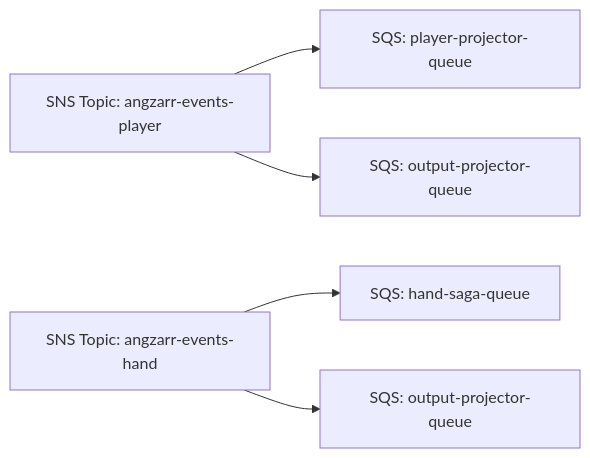
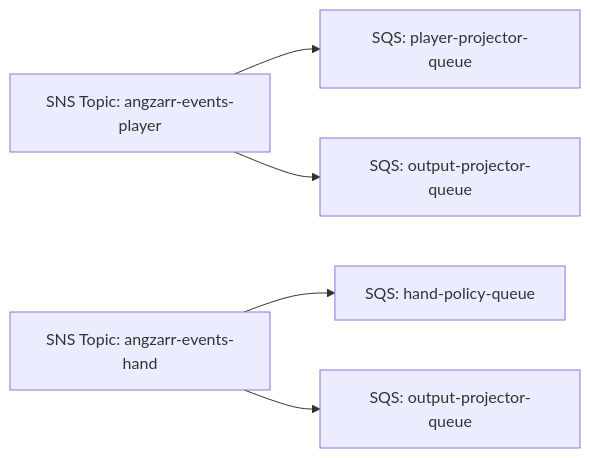
Before and after one commit to angzarr-io/angzarr-project: the diagram in site/src/content/docs/tooling/buses/sns-sqs.md, drawn with Mermaid. The commit also changed 52 other files, not shown here.

````diff
--- a/site/src/content/docs/tooling/buses/sns-sqs.md
+++ b/site/src/content/docs/tooling/buses/sns-sqs.md
@@ -56,7 +56,7 @@
 ```mermaid
 flowchart LR
     TP["SNS Topic: angzarr-events-player"] --> PP[SQS: player-projector-queue]
     TP --> OP1[SQS: output-projector-queue]
-    TH["SNS Topic: angzarr-events-hand"] --> HS[SQS: hand-saga-queue]
+    TH["SNS Topic: angzarr-events-hand"] --> HS[SQS: hand-policy-queue]
     TH --> OP2[SQS: output-projector-queue]
 ```
````
